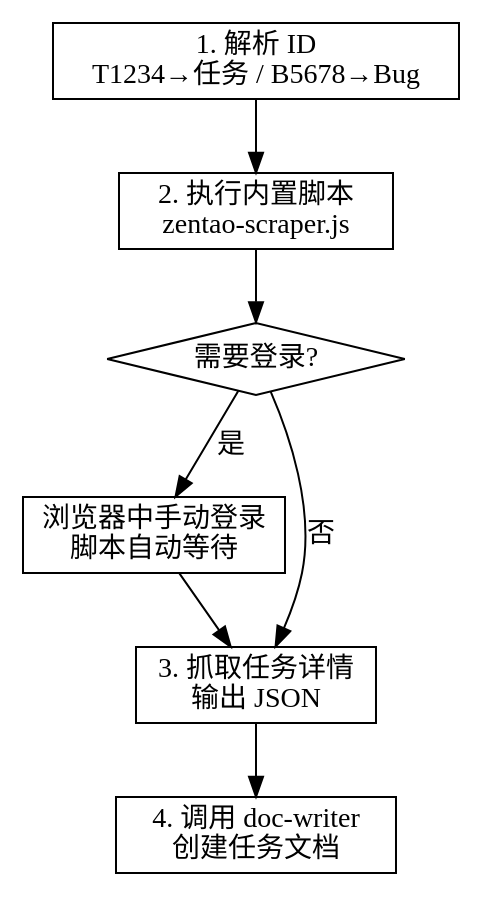
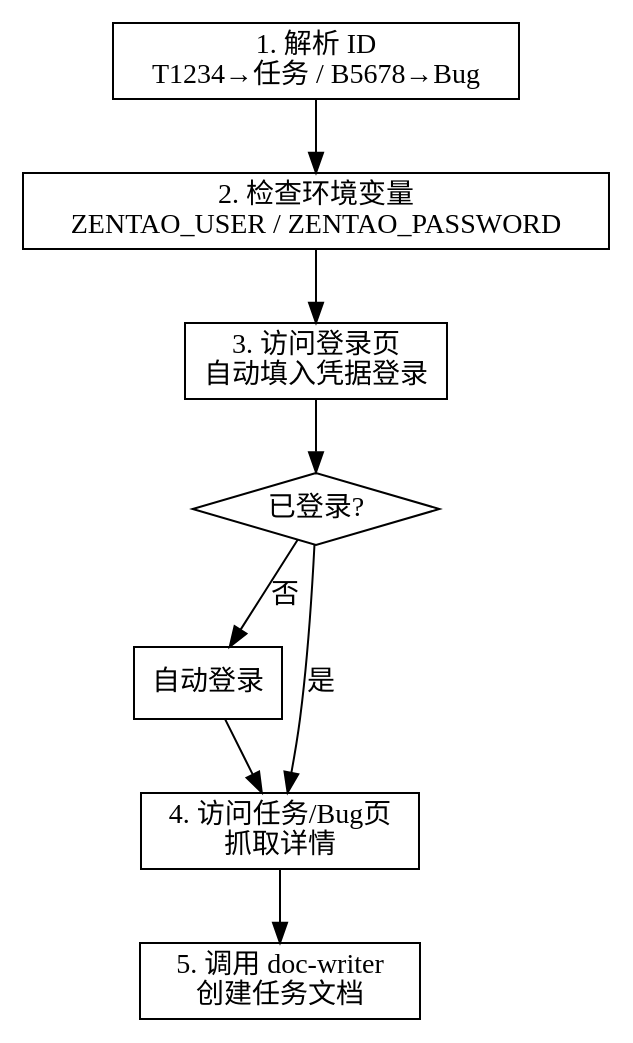
The diagram in skills/zentao-syncer/SKILL.md (benbergg/froggo-skills), drawn with Graphviz before and after one commit. The commit also changed other lines of this file and 5 other files, not shown here.

````diff
--- a/skills/zentao-syncer/SKILL.md
+++ b/skills/zentao-syncer/SKILL.md
@@ -33,20 +33,22 @@
 ```dot
 digraph flow {
     rankdir=TB;
     node [shape=box];
 
     parse [label="1. 解析 ID\nT1234→任务 / B5678→Bug"];
-    script [label="2. 执行内置脚本\nzentao-scraper.js"];
-    auth [label="需要登录?" shape=diamond];
-    manual [label="浏览器中手动登录\n脚本自动等待"];
-    fetch [label="3. 抓取任务详情\n输出 JSON"];
-    create [label="4. 调用 doc-writer\n创建任务文档"];
+    checkEnv [label="2. 检查环境变量\nZENTAO_USER / ZENTAO_PASSWORD"];
+    login [label="3. 访问登录页\n自动填入凭据登录"];
+    checkStatus [label="已登录?" shape=diamond];
+    autoLogin [label="自动登录"];
+    fetch [label="4. 访问任务/Bug页\n抓取详情"];
+    create [label="5. 调用 doc-writer\n创建任务文档"];
 
-    parse -> script;
-    script -> auth;
-    auth -> manual [label="是"];
-    auth -> fetch [label="否"];
-    manual -> fetch;
+    parse -> checkEnv;
+    checkEnv -> login;
+    login -> checkStatus;
+    checkStatus -> fetch [label="是"];
+    checkStatus -> autoLogin [label="否"];
+    autoLogin -> fetch;
     fetch -> create;
 }
 ```
````
